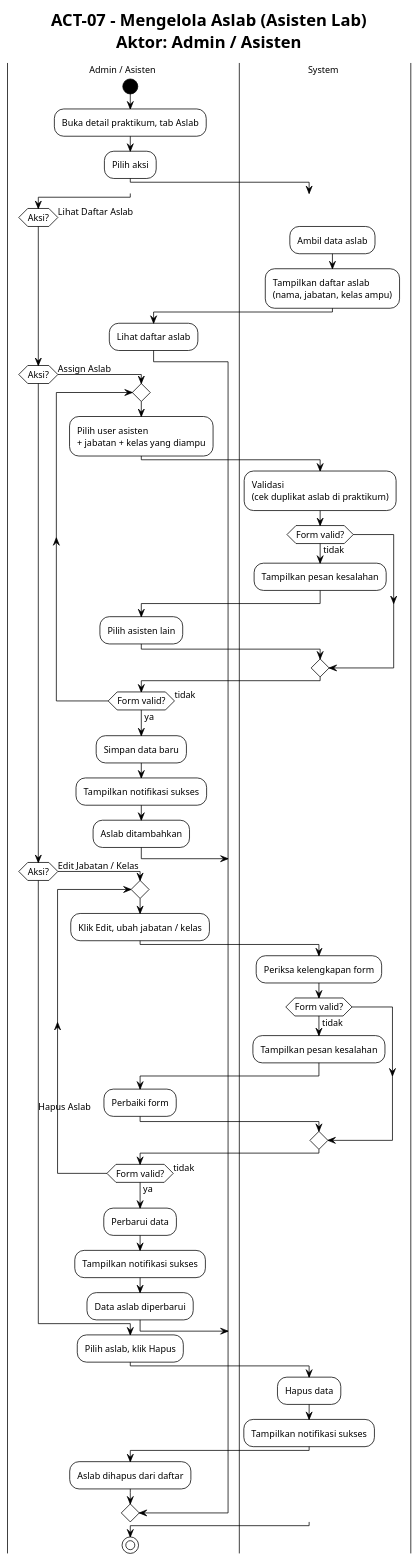
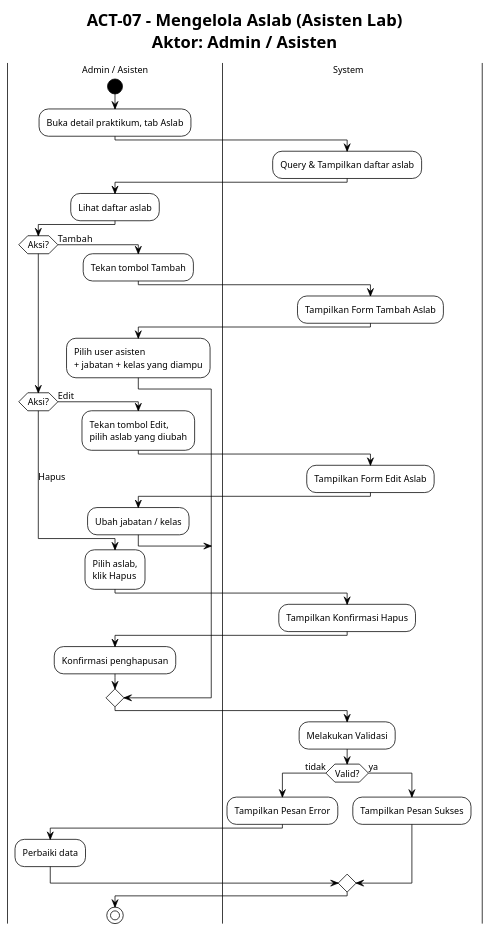
The diagram in docs/praktikum/activity/ACT_07_MENGELOLA_ASLAB.puml (Habiboys/SILAB-DSI), drawn with PlantUML before and after one commit. The commit also changed 170 other files, not shown here.

```diff
--- a/docs/praktikum/activity/ACT_07_MENGELOLA_ASLAB.puml
+++ b/docs/praktikum/activity/ACT_07_MENGELOLA_ASLAB.puml
@@ -1,73 +1,58 @@
 @startuml ACT_07_MENGELOLA_ASLAB
 !theme plain
 !pragma useVerticalIf on
 scale max 1600 width
 skinparam wrapWidth 200
 skinparam defaultFontSize 12
-skinparam swimlaneWidth 220
+skinparam swimlaneWidth 260
 skinparam ActivityStartColor black
 skinparam ActivityEndColor black
 title ACT-07 - Mengelola Aslab (Asisten Lab)\nAktor: Admin / Asisten
 
 |Admin / Asisten|
 |System|
 
 |Admin / Asisten|
 start
 :Buka detail praktikum, tab Aslab;
-:Pilih aksi;
+|System|
+:Query & Tampilkan daftar aslab;
+|Admin / Asisten|
+:Lihat daftar aslab;
 
-if (Aksi?) then (Lihat Daftar Aslab)
+if (Aksi?) then (Tambah)
+  :Tekan tombol Tambah;
   |System|
-  :Ambil data aslab;
-  :Tampilkan daftar aslab\n(nama, jabatan, kelas ampu);
+  :Tampilkan Form Tambah Aslab;
   |Admin / Asisten|
-  :Lihat daftar aslab;
+  :Pilih user asisten\n+ jabatan + kelas yang diampu;
 
-elseif (Aksi?) then (Assign Aslab)
+elseif (Aksi?) then (Edit)
+  :Tekan tombol Edit,\npilih aslab yang diubah;
+  |System|
+  :Tampilkan Form Edit Aslab;
   |Admin / Asisten|
-  repeat
-    :Pilih user asisten\n+ jabatan + kelas yang diampu;
-    |System|
-    :Validasi\n(cek duplikat aslab di praktikum);
-    if (Form valid?) then (tidak)
-      :Tampilkan pesan kesalahan;
-      |Admin / Asisten|
-      :Pilih asisten lain;
-    endif
-  repeat while (Form valid?) is (tidak) not (ya)
-  :Simpan data baru;
-  :Tampilkan notifikasi sukses;
+  :Ubah jabatan / kelas;
+
+else (Hapus)
+  :Pilih aslab,\nklik Hapus;
+  |System|
+  :Tampilkan Konfirmasi Hapus;
   |Admin / Asisten|
-  :Aslab ditambahkan;
+  :Konfirmasi penghapusan;
+endif
 
-elseif (Aksi?) then (Edit Jabatan / Kelas)
+|System|
+:Melakukan Validasi;
+if (Valid?) then (tidak)
+  :Tampilkan Pesan Error;
   |Admin / Asisten|
-  repeat
-    :Klik Edit, ubah jabatan / kelas;
-    |System|
-    :Periksa kelengkapan form;
-    if (Form valid?) then (tidak)
-      :Tampilkan pesan kesalahan;
-      |Admin / Asisten|
-      :Perbaiki form;
-    endif
-  repeat while (Form valid?) is (tidak) not (ya)
-  :Perbarui data;
-  :Tampilkan notifikasi sukses;
+  :Perbaiki data;
+  |System|
+else (ya)
+  :Tampilkan Pesan Sukses;
   |Admin / Asisten|
-  :Data aslab diperbarui;
-
-else (Hapus Aslab)
-  |Admin / Asisten|
-  :Pilih aslab, klik Hapus;
-  |System|
-  :Hapus data;
-  :Tampilkan notifikasi sukses;
-  |Admin / Asisten|
-  :Aslab dihapus dari daftar;
-
 endif
 
 stop
 @enduml
```
